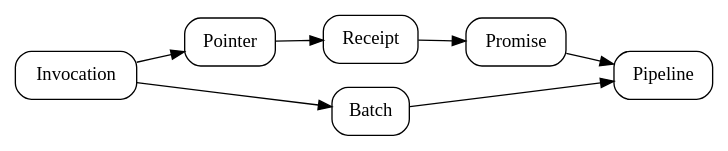
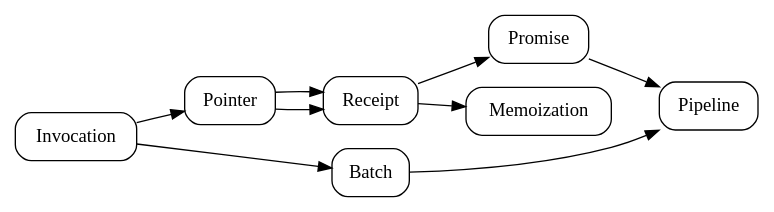
The diagram in diagrams/concepts.dot (ucan-wg/invocation), drawn with Graphviz before and after one commit. The commit also changed 1 other file, not shown here.

Commit message:
Update graph

```diff
--- a/diagrams/concepts.dot
+++ b/diagrams/concepts.dot
@@ -1,11 +1,12 @@
 digraph {
     rankdir="LR"
 
     node [
       style=rounded
       shape=box
     ]
 
     Invocation -> Pointer -> Receipt -> Promise -> Pipeline
+    Pointer -> Receipt -> Memoization
     Invocation -> Batch -> Pipeline
 }
```
